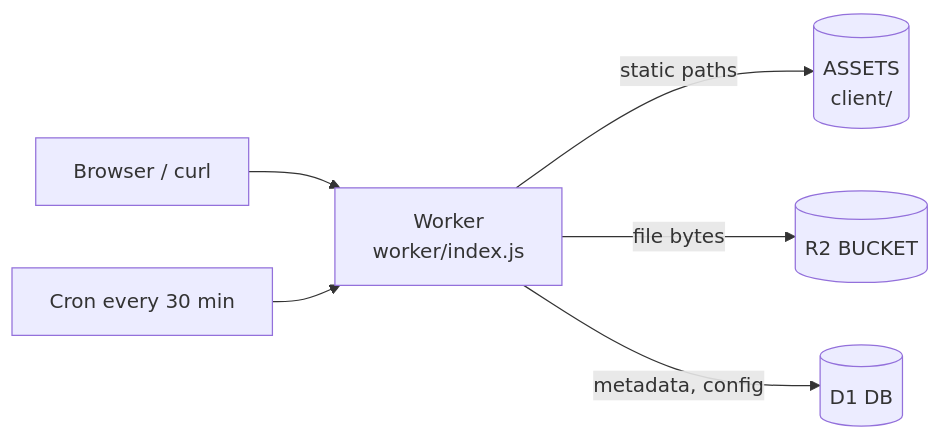
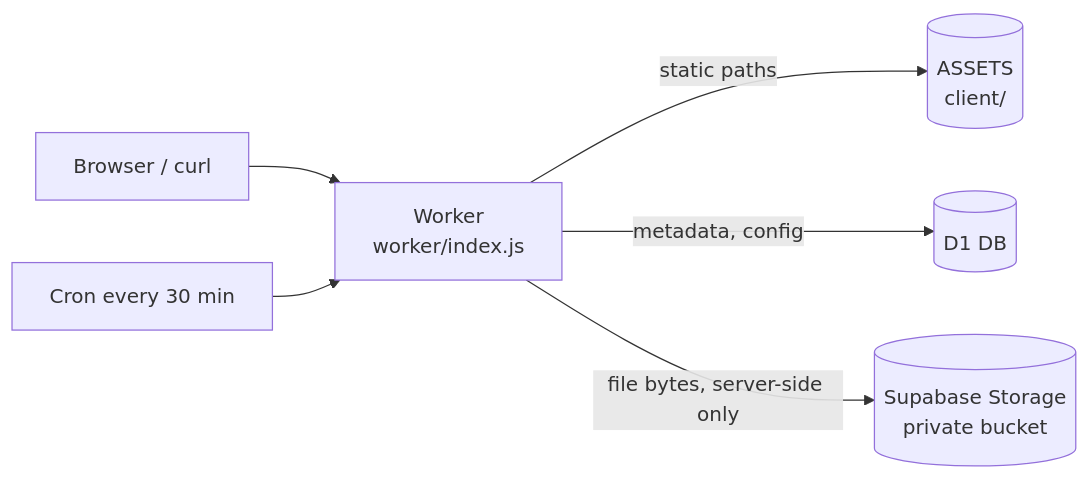
Before and after one commit to Cloud-Dark/tete: the first of 2 diagrams in docs/05_ARCHITECTURE.md, drawn with Mermaid. The commit also changed other lines of this file and 25 other files, not shown here.

First line of the commit message:
feat: store file content in Supabase Storage and add /mcp endpoint

````diff
--- a/docs/05_ARCHITECTURE.md
+++ b/docs/05_ARCHITECTURE.md
@@ -9,8 +9,8 @@
 ```mermaid
 flowchart LR
     U[Browser / curl] --> W[Worker<br/>worker/index.js]
     W -->|static paths| A[(ASSETS<br/>client/)]
-    W -->|file bytes| R[(R2 BUCKET)]
     W -->|metadata, config| D[(D1 DB)]
+    W -->|file bytes, server-side only| S[(Supabase Storage<br/>private bucket)]
     C[Cron every 30 min] --> W
 ```
````
